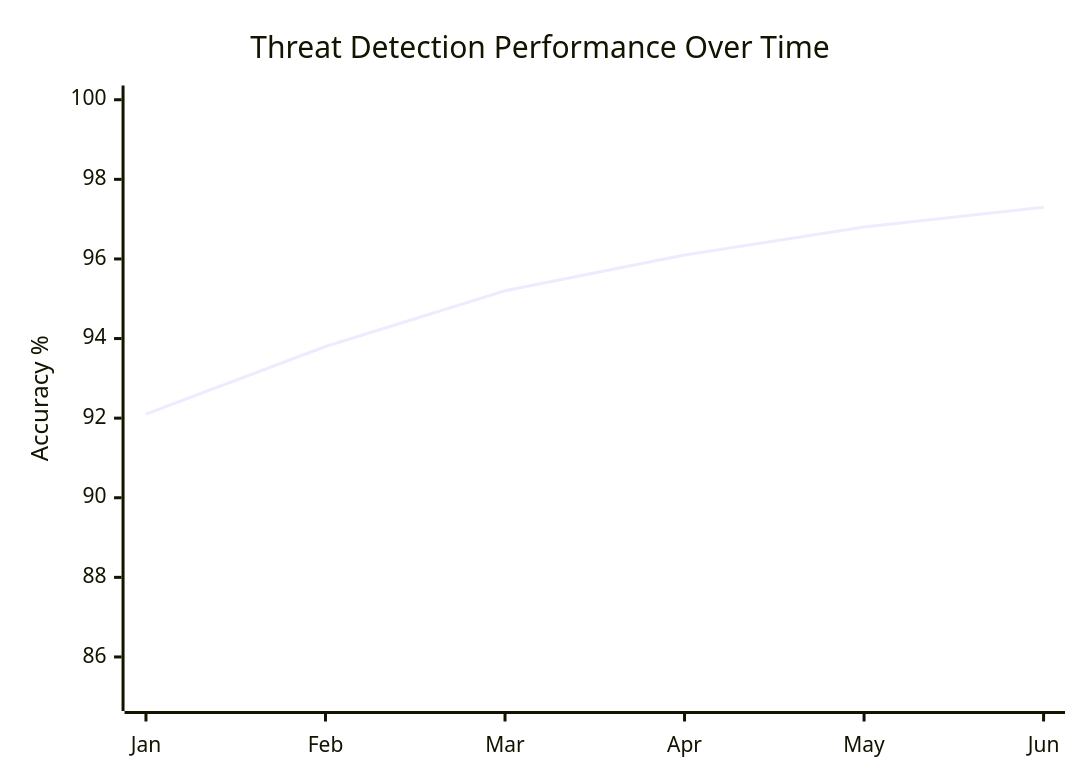
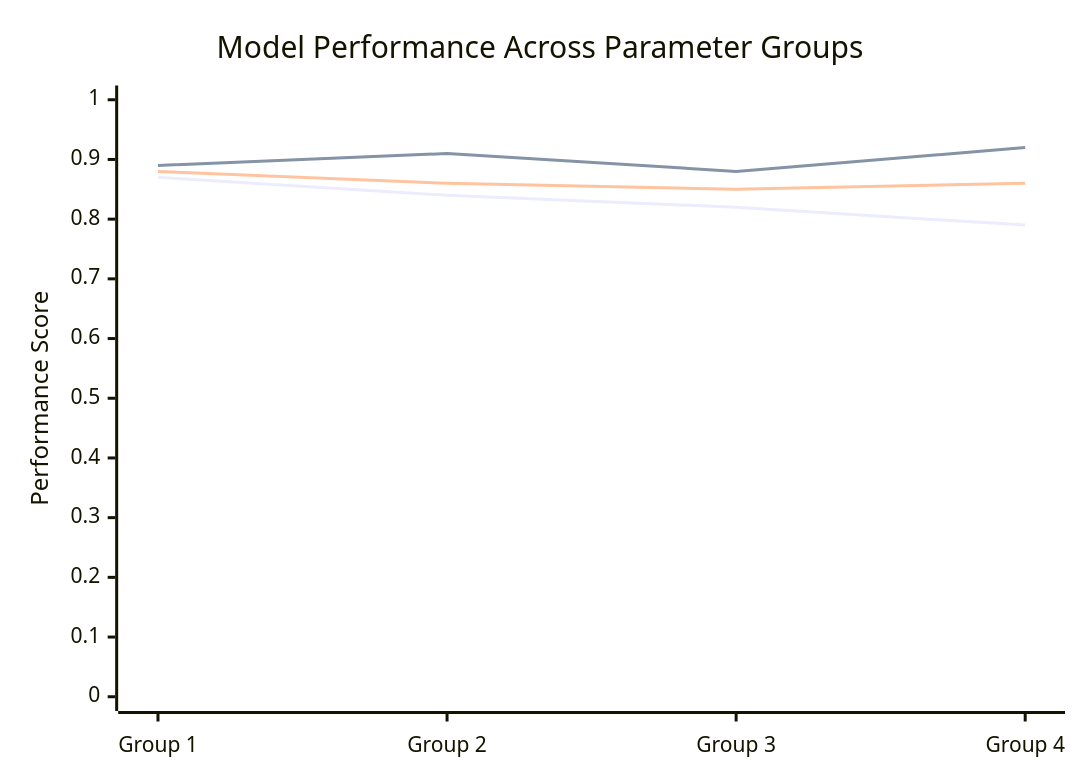
One commit to nes10r/BigDataProject changed the sixth of 11 diagrams in README.md. Above: the diagram before and after it, drawn with Mermaid. The commit also changed other lines of this file and 1 other file, not shown here.

````diff
--- a/README.md
+++ b/README.md
@@ -386,7 +603,9 @@
 ```mermaid
 xychart-beta
-    title "Threat Detection Performance Over Time"
-    x-axis [Jan, Feb, Mar, Apr, May, Jun]
-    y-axis "Accuracy %" 85 --> 100
-    line [92.1, 93.8, 95.2, 96.1, 96.8, 97.3]
+    title "Model Performance Across Parameter Groups"
+    x-axis ["Group 1", "Group 2", "Group 3", "Group 4"]
+    y-axis "Performance Score" 0 --> 1
+    line "F1 Score" [0.87, 0.84, 0.82, 0.79]
+    line "Accuracy" [0.89, 0.91, 0.88, 0.92]
+    line "Recall" [0.88, 0.86, 0.85, 0.86]
 ```
````
